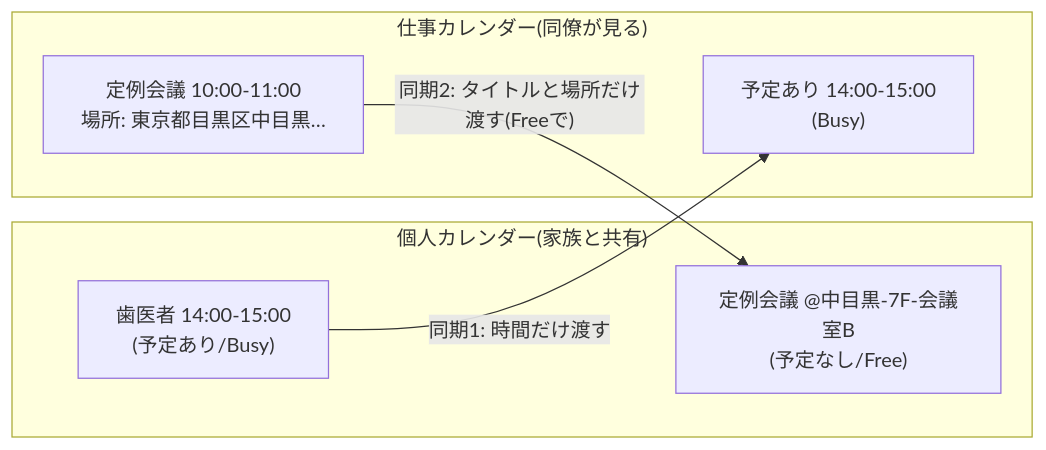
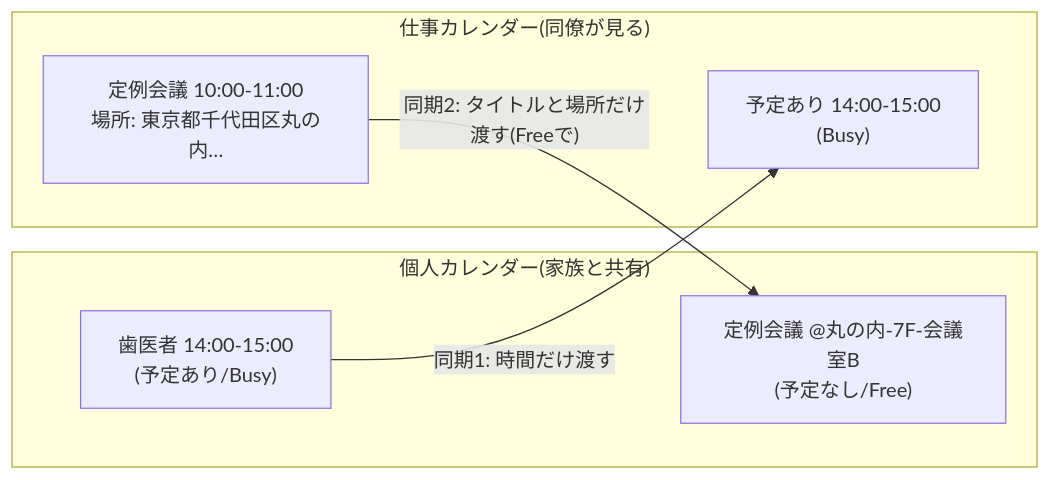
The diagram in README.md (yyanagisawa/ie-to-shigoto), drawn with Mermaid before and after one commit. The commit also changed other lines of this file and 5 other files, not shown here.

````diff
--- a/README.md
+++ b/README.md
@@ -22,13 +22,13 @@
 ```mermaid
 flowchart LR
   subgraph P["個人カレンダー(家族と共有)"]
     P1["歯医者 14:00-15:00<br/>(予定あり/Busy)"]
-    P2["定例会議 @中目黒-7F-会議室B<br/>(予定なし/Free)"]
+    P2["定例会議 @丸の内-7F-会議室B<br/>(予定なし/Free)"]
   end
   subgraph W["仕事カレンダー(同僚が見る)"]
     W1["予定あり 14:00-15:00<br/>(Busy)"]
-    W2["定例会議 10:00-11:00<br/>場所: 東京都目黒区中目黒…"]
+    W2["定例会議 10:00-11:00<br/>場所: 東京都千代田区丸の内…"]
   end
   P1 -- "同期1: 時間だけ渡す" --> W1
   W2 -- "同期2: タイトルと場所だけ渡す(Freeで)" --> P2
 ```
````
